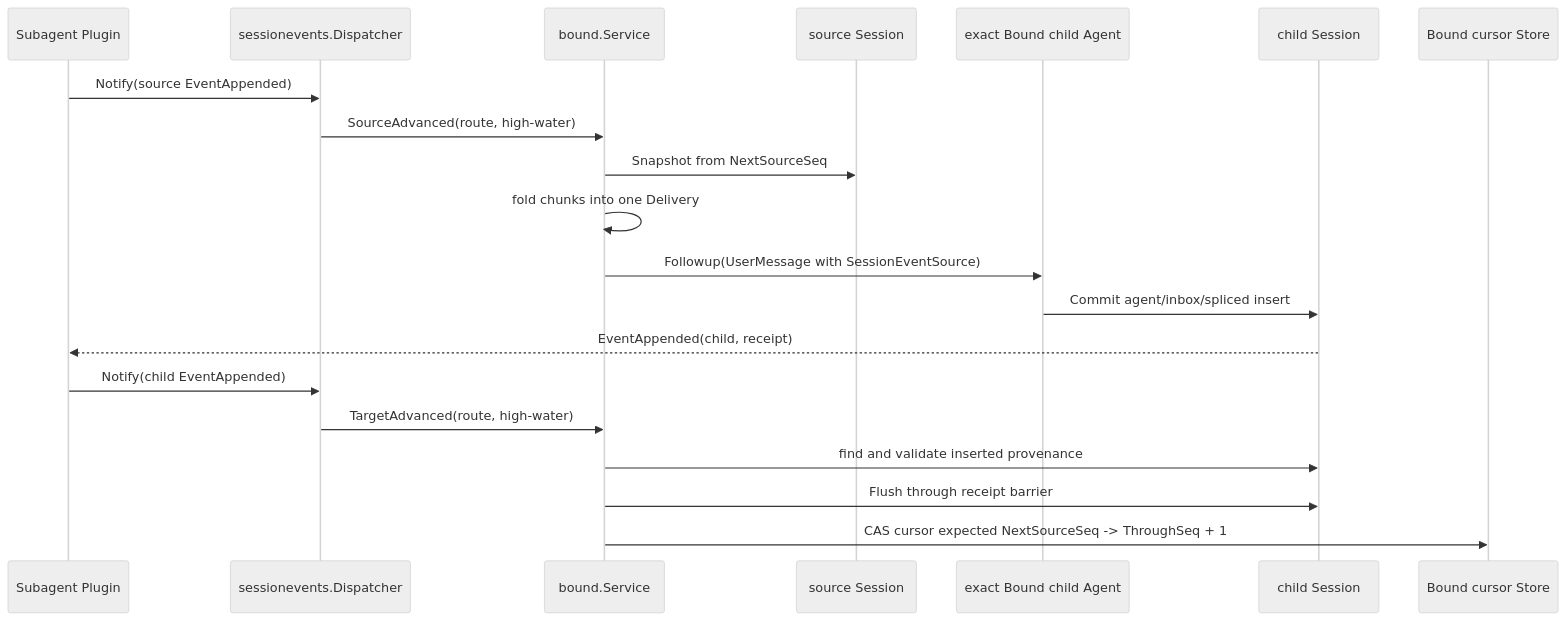
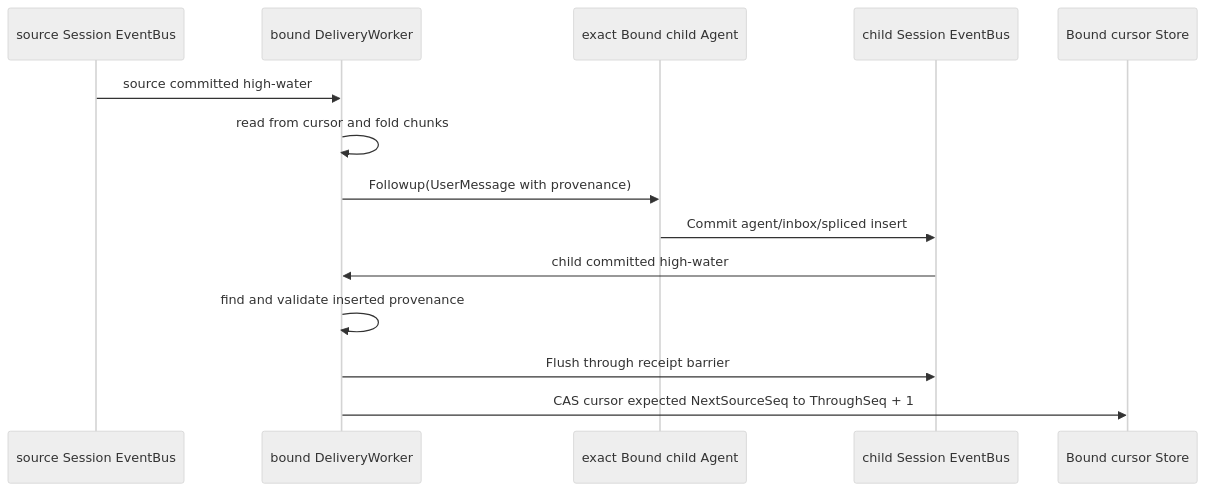
The second of 2 diagrams in subagent/docs/session-event-delivery.zh-CN.md (gorenx/goren), drawn with Mermaid (neutral theme) before and after one commit. The commit also changed other lines of this file and 13 other files, not shown here.

Commit message:
docs(subagent): align bound config design

````diff
--- a/subagent/docs/session-event-delivery.zh-CN.md
+++ b/subagent/docs/session-event-delivery.zh-CN.md
@@ -148,23 +195,17 @@
 ```mermaid
 sequenceDiagram
-    participant P as Subagent Plugin
-    participant D as sessionevents.Dispatcher
-    participant B as bound.Service
-    participant S as source Session
+    participant S as source Session EventBus
+    participant B as bound DeliveryWorker
     participant A as exact Bound child Agent
-    participant C as child Session
+    participant C as child Session EventBus
     participant R as Bound cursor Store
 
-    P->>D: Notify(source EventAppended)
-    D->>B: SourceAdvanced(route, high-water)
-    B->>S: Snapshot from NextSourceSeq
-    B->>B: fold chunks into one Delivery
-    B->>A: Followup(UserMessage with SessionEventSource)
+    S->>B: source committed high-water
+    B->>B: read from cursor and fold chunks
+    B->>A: Followup(UserMessage with provenance)
     A->>C: Commit agent/inbox/spliced insert
-    C-->>P: EventAppended(child, receipt)
-    P->>D: Notify(child EventAppended)
-    D->>B: TargetAdvanced(route, high-water)
-    B->>C: find and validate inserted provenance
+    C->>B: child committed high-water
+    B->>B: find and validate inserted provenance
     B->>C: Flush through receipt barrier
-    B->>R: CAS cursor expected NextSourceSeq -> ThroughSeq + 1
+    B->>R: CAS cursor expected NextSourceSeq to ThroughSeq + 1
 ```
````
